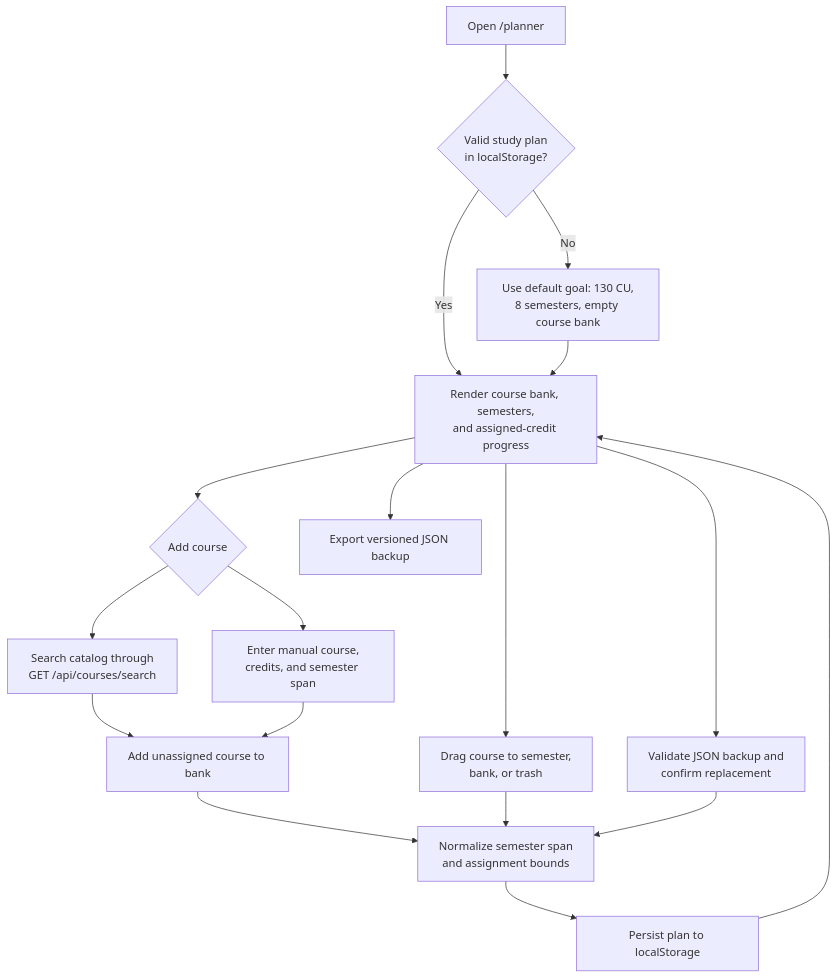
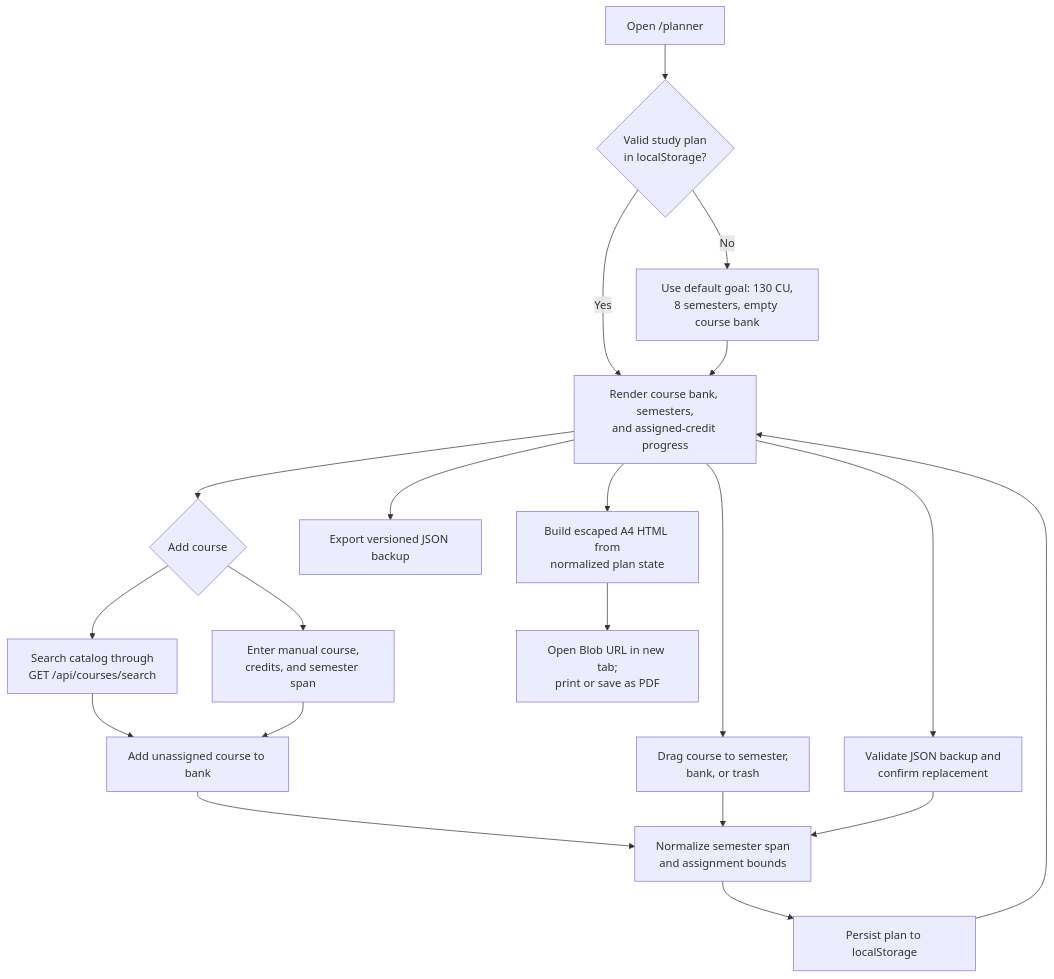
The fifth of 13 diagrams in docs/DeveloperGuide.md (lester-td/SUSSplanner), drawn with Mermaid before and after one commit. The commit also changed other lines of this file, not shown here.

````diff
--- a/docs/DeveloperGuide.md
+++ b/docs/DeveloperGuide.md
@@ -587,34 +604,38 @@
 ```mermaid
 flowchart TD
     Open["Open /planner"]
     Restore{"Valid study plan<br/>in localStorage?"}
     Default["Use default goal: 130 CU,<br/>8 semesters, empty course bank"]
     Ready["Render course bank, semesters,<br/>and assigned-credit progress"]
     Add{"Add course"}
     Catalog["Search catalog through<br/>GET /api/courses/search"]
     Manual["Enter manual course,<br/>credits, and semester span"]
     Bank["Add unassigned course to bank"]
     Arrange["Drag course to semester,<br/>bank, or trash"]
     Normalize["Normalize semester span<br/>and assignment bounds"]
     Persist["Persist plan to localStorage"]
     Export["Export versioned JSON backup"]
     Import["Validate JSON backup and<br/>confirm replacement"]
+    Print["Build escaped A4 HTML from<br/>normalized plan state"]
+    PrintTab["Open Blob URL in new tab;<br/>print or save as PDF"]
 
     Open --> Restore
     Restore -->|No| Default
     Restore -->|Yes| Ready
     Default --> Ready
     Ready --> Add
     Add --> Catalog
     Add --> Manual
     Catalog --> Bank
     Manual --> Bank
     Bank --> Normalize
     Ready --> Arrange
     Arrange --> Normalize
     Normalize --> Persist
     Persist --> Ready
     Ready --> Export
     Ready --> Import
     Import --> Normalize
+    Ready --> Print
+    Print --> PrintTab
 ```
````
